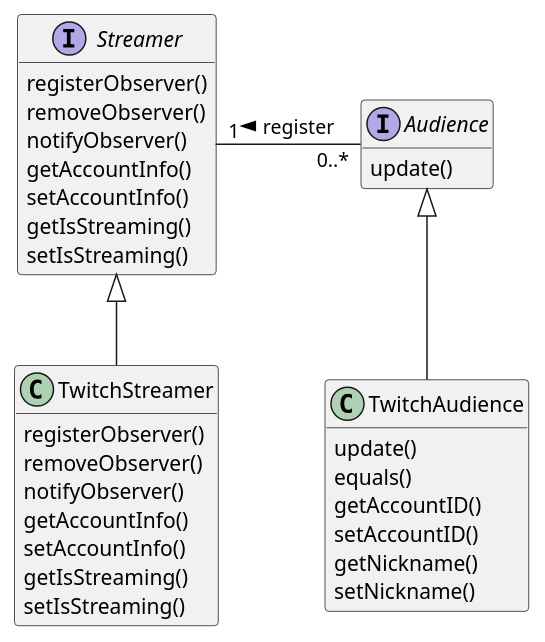
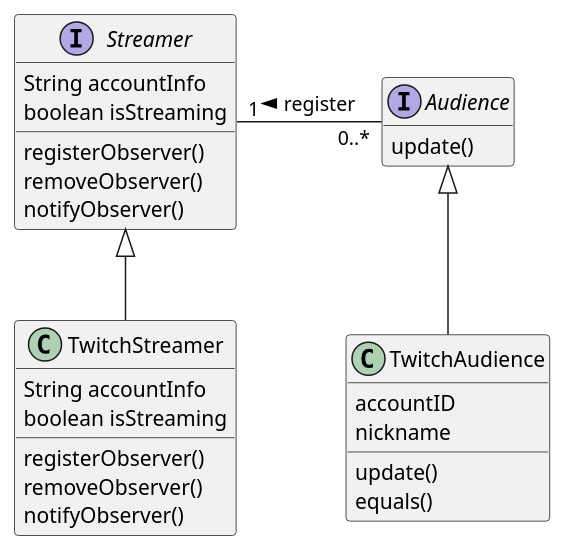
One commit to gama79530/DesignPattern changed the diagram in ObserverPattern/example.puml. Above: the diagram before and after it, drawn with PlantUML. The commit also changed 38 other files, not shown here.

```diff
--- a/ObserverPattern/example.puml
+++ b/ObserverPattern/example.puml
@@ -1,43 +1,37 @@
 @startuml example
 hide empty members
 
 
 interface Streamer{
+    String accountInfo
+    boolean isStreaming
     registerObserver()
     removeObserver()
     notifyObserver()
-    getAccountInfo()
-    setAccountInfo()
-    getIsStreaming()
-    setIsStreaming()
 }
 
 interface Audience{
     update()
 }
 
 class TwitchStreamer{
+    String accountInfo
+    boolean isStreaming
     registerObserver()
     removeObserver()
     notifyObserver()
-    getAccountInfo()
-    setAccountInfo()
-    getIsStreaming()
-    setIsStreaming()
 }
 
 class TwitchAudience{
+    accountID
+    nickname
     update()
     equals()
-    getAccountID()
-    setAccountID()
-    getNickname()
-    setNickname()
 }
 
 Streamer <|-- TwitchStreamer
 Audience <|-- TwitchAudience
 
 Streamer "1" - "0..*" Audience : < register 
 
 @enduml
```
